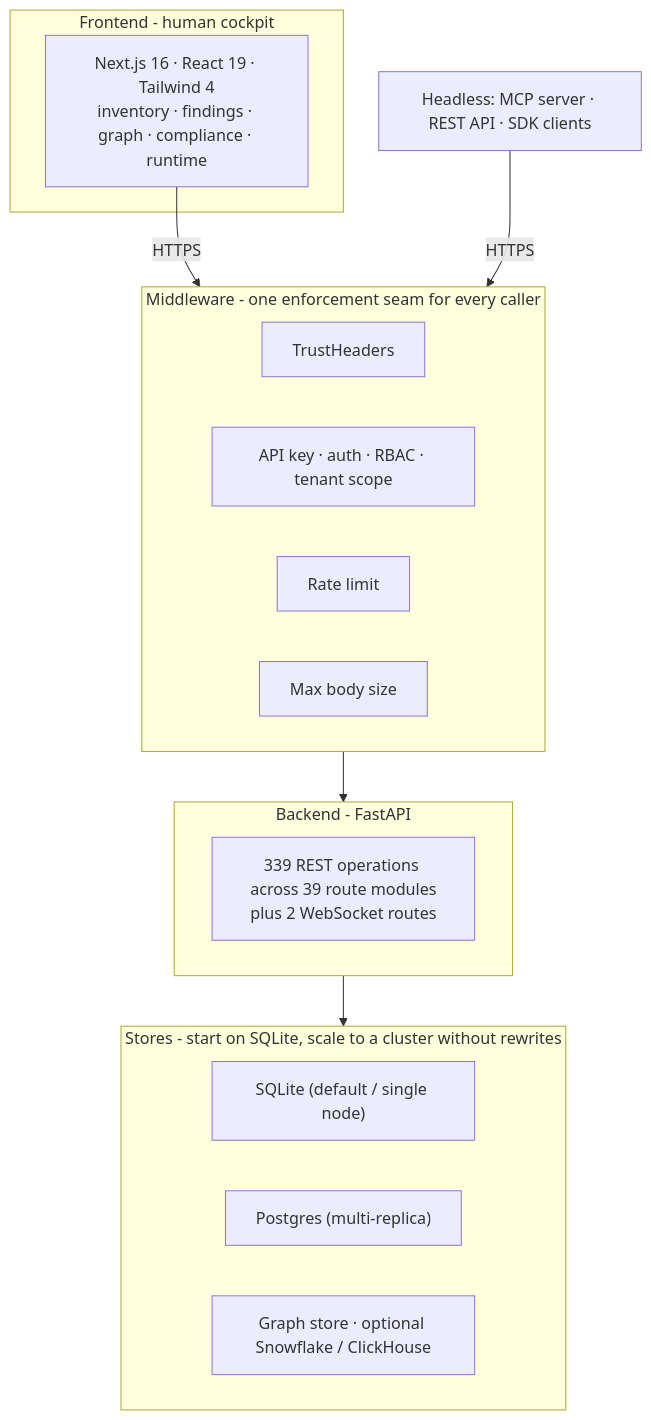
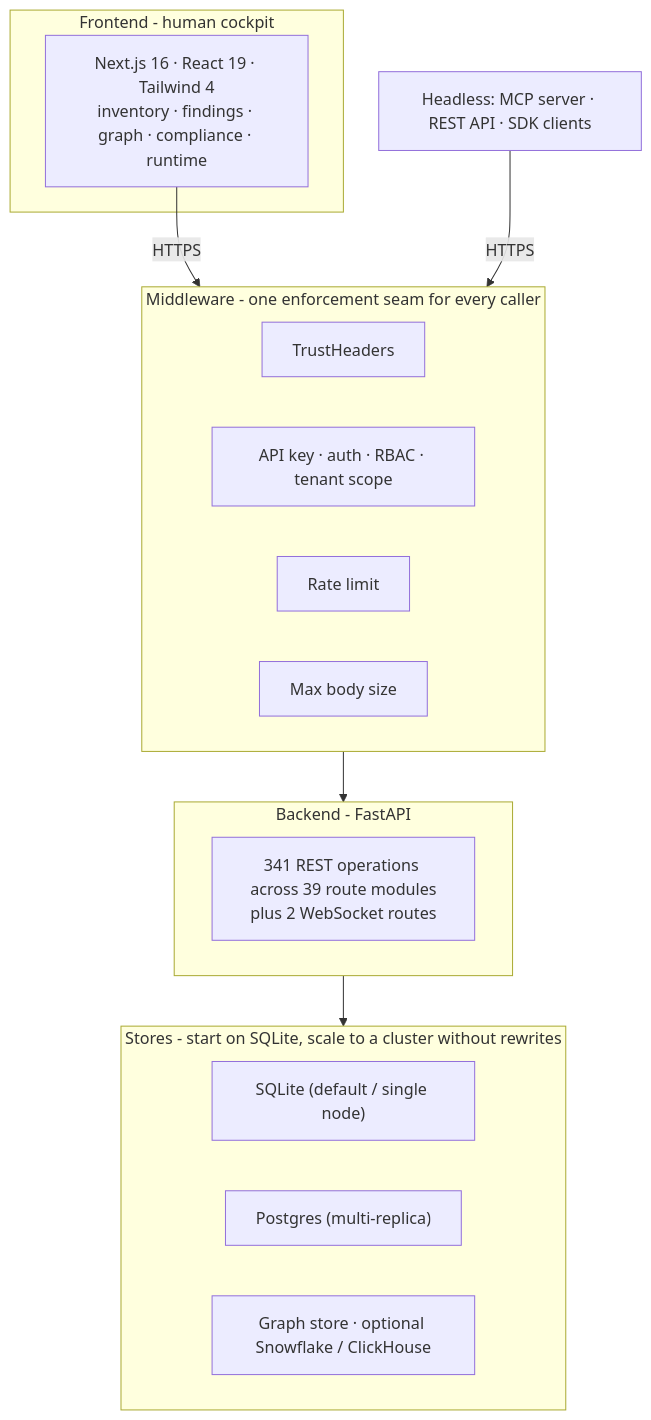
The fourth of 9 diagrams in docs/ARCHITECTURE.md (msaad00/agent-bom), drawn with Mermaid before and after one commit. The commit also changed 3 other files, not shown here.

````diff
--- a/docs/ARCHITECTURE.md
+++ b/docs/ARCHITECTURE.md
@@ -146,26 +146,26 @@
 ```mermaid
 flowchart TB
     subgraph FE["Frontend - human cockpit"]
         UI["Next.js 16 · React 19 · Tailwind 4\ninventory · findings · graph · compliance · runtime"]
     end
     subgraph MW["Middleware - one enforcement seam for every caller"]
         M1["TrustHeaders"]
         M2["API key · auth · RBAC · tenant scope"]
         M3["Rate limit"]
         M4["Max body size"]
     end
     subgraph BE["Backend - FastAPI"]
-        R["339 REST operations across 39 route modules\nplus 2 WebSocket routes"]
+        R["341 REST operations across 39 route modules\nplus 2 WebSocket routes"]
     end
     subgraph ST["Stores - start on SQLite, scale to a cluster without rewrites"]
         S1["SQLite (default / single node)"]
         S2["Postgres (multi-replica)"]
         S3["Graph store · optional Snowflake / ClickHouse"]
     end
 
     EXTAGENT["Headless: MCP server · REST API · SDK clients"]
 
     UI -->|HTTPS| MW
     EXTAGENT -->|HTTPS| MW
     MW --> BE --> ST
 ```
````
